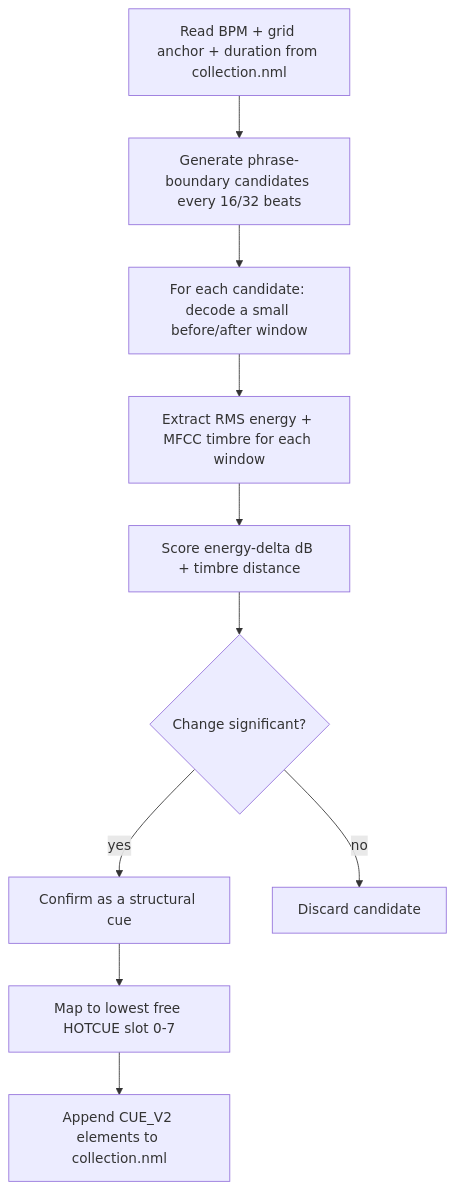
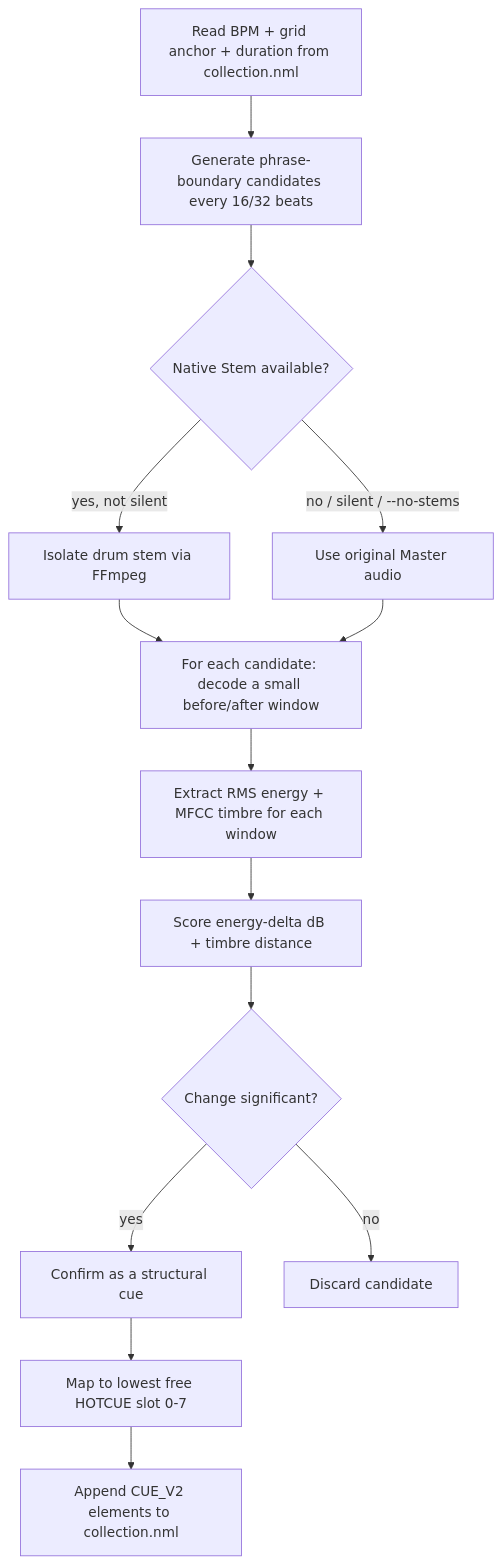
Before and after one commit to jesusguzmanjs/arka: the second of 2 diagrams in README.md, drawn with Mermaid. The commit also changed other lines of this file and 141 other files, not shown here.

````diff
--- a/README.md
+++ b/README.md
@@ -237,12 +385,16 @@
 ```mermaid
 flowchart TD
     A[Read BPM + grid anchor + duration from collection.nml] --> B[Generate phrase-boundary candidates every 16/32 beats]
-    B --> C[For each candidate: decode a small before/after window]
+    B --> S{Native Stem available?}
+    S -->|yes, not silent| T[Isolate drum stem via FFmpeg]
+    S -->|no / silent / --no-stems| M[Use original Master audio]
+    T --> C[For each candidate: decode a small before/after window]
+    M --> C
     C --> D[Extract RMS energy + MFCC timbre for each window]
     D --> E[Score energy-delta dB + timbre distance]
     E --> F{Change significant?}
     F -->|yes| G[Confirm as a structural cue]
     F -->|no| H[Discard candidate]
     G --> I[Map to lowest free HOTCUE slot 0-7]
     I --> J[Append CUE_V2 elements to collection.nml]
 ```
````
